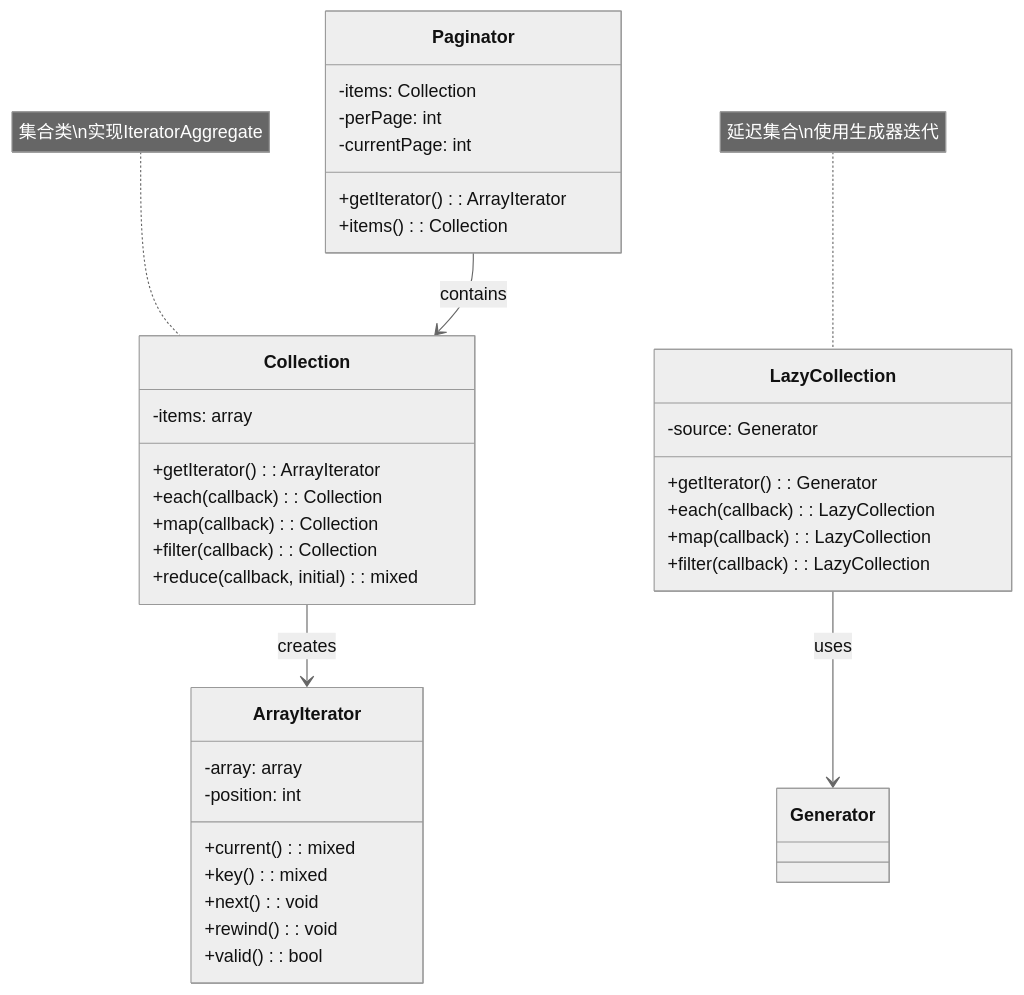
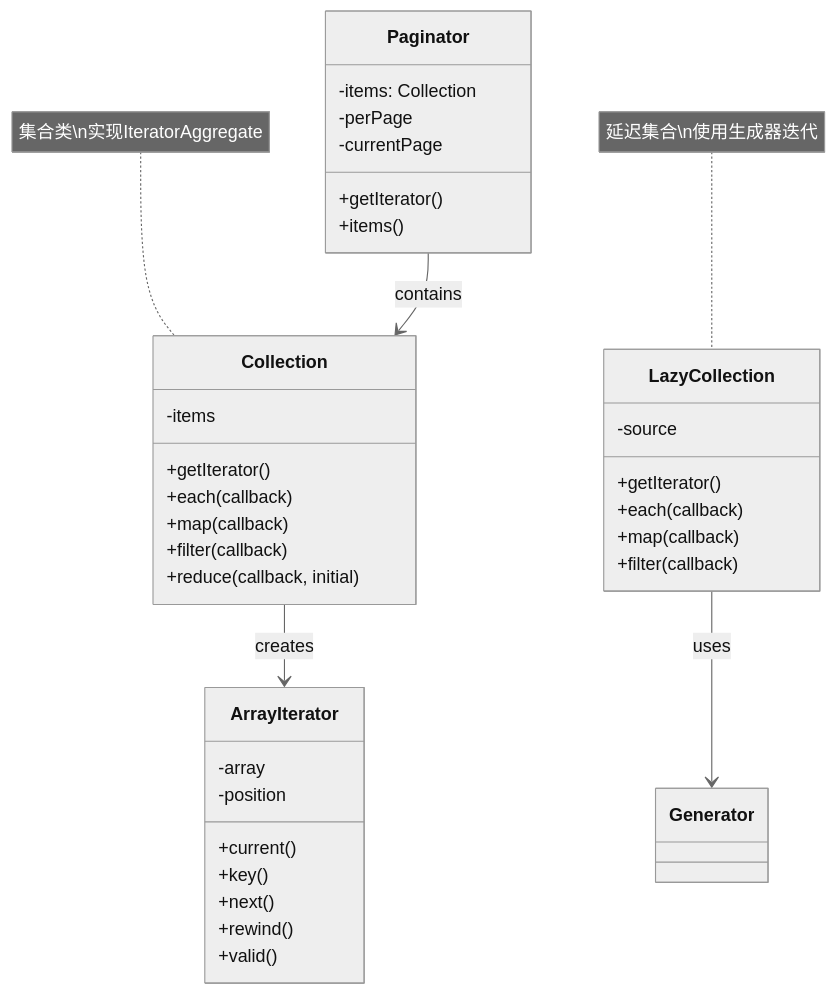
Before and after one commit to fanly/DesignPattern: the second of 7 diagrams in resources/design-patterns/laravel/behavioral/iterator_zh.md, drawn with Mermaid (neutral theme). The commit also changed other lines of this file and 103 other files, not shown here.

````diff
--- a/resources/design-patterns/laravel/behavioral/iterator_zh.md
+++ b/resources/design-patterns/laravel/behavioral/iterator_zh.md
@@ -51,44 +51,44 @@
 ```mermaid
 classDiagram
     class Collection {
-        -items: array
-        +getIterator(): ArrayIterator
-        +each(callback): Collection
-        +map(callback): Collection
-        +filter(callback): Collection
-        +reduce(callback, initial): mixed
+        -items
+        +getIterator()
+        +each(callback)
+        +map(callback)
+        +filter(callback)
+        +reduce(callback, initial)
     }
     
     class ArrayIterator {
-        -array: array
-        -position: int
-        +current(): mixed
-        +key(): mixed
-        +next(): void
-        +rewind(): void
-        +valid(): bool
+        -array
+        -position
+        +current()
+        +key()
+        +next()
+        +rewind()
+        +valid()
     }
     
     class LazyCollection {
-        -source: Generator
-        +getIterator(): Generator
-        +each(callback): LazyCollection
-        +map(callback): LazyCollection
-        +filter(callback): LazyCollection
+        -source
+        +getIterator()
+        +each(callback)
+        +map(callback)
+        +filter(callback)
     }
     
     class Paginator {
         -items: Collection
-        -perPage: int
-        -currentPage: int
-        +getIterator(): ArrayIterator
-        +items(): Collection
+        -perPage
+        -currentPage
+        +getIterator()
+        +items()
     }
     
     Collection --> ArrayIterator : creates
     LazyCollection --> Generator : uses
     Paginator --> Collection : contains
     
     note for Collection "集合类\n实现IteratorAggregate"
     note for LazyCollection "延迟集合\n使用生成器迭代"
 ```
````
